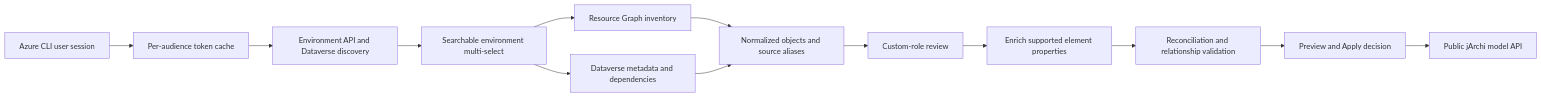
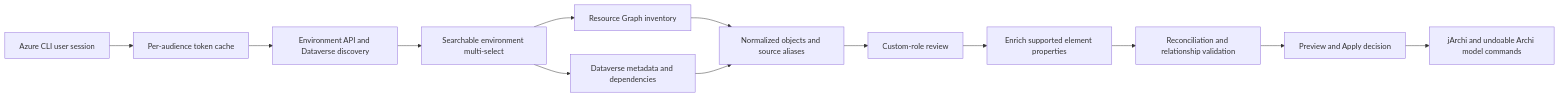
The diagram in docs/architecture.md (swidz/archi-powerplatform-sync), drawn with Mermaid before and after one commit. The commit also changed other lines of this file and 16 other files, not shown here.

````diff
--- a/docs/architecture.md
+++ b/docs/architecture.md
@@ -9,15 +9,15 @@
 ```mermaid
 flowchart LR
   CLI[Azure CLI user session] --> AUTH[Per-audience token cache]
   AUTH --> DISC[Environment API and Dataverse discovery]
   DISC --> PICK[Searchable environment multi-select]
   PICK --> INV[Resource Graph inventory]
   PICK --> DV[Dataverse metadata and dependencies]
   INV --> NORMAL[Normalized objects and source aliases]
   DV --> NORMAL
   NORMAL --> ROLES[Custom-role review]
   ROLES --> META[Enrich supported element properties]
   META --> PLAN[Reconciliation and relationship validation]
   PLAN --> PREVIEW[Preview and Apply decision]
-  PREVIEW --> ARCHI[Public jArchi model API]
+  PREVIEW --> ARCHI[jArchi and undoable Archi model commands]
 ```
````
